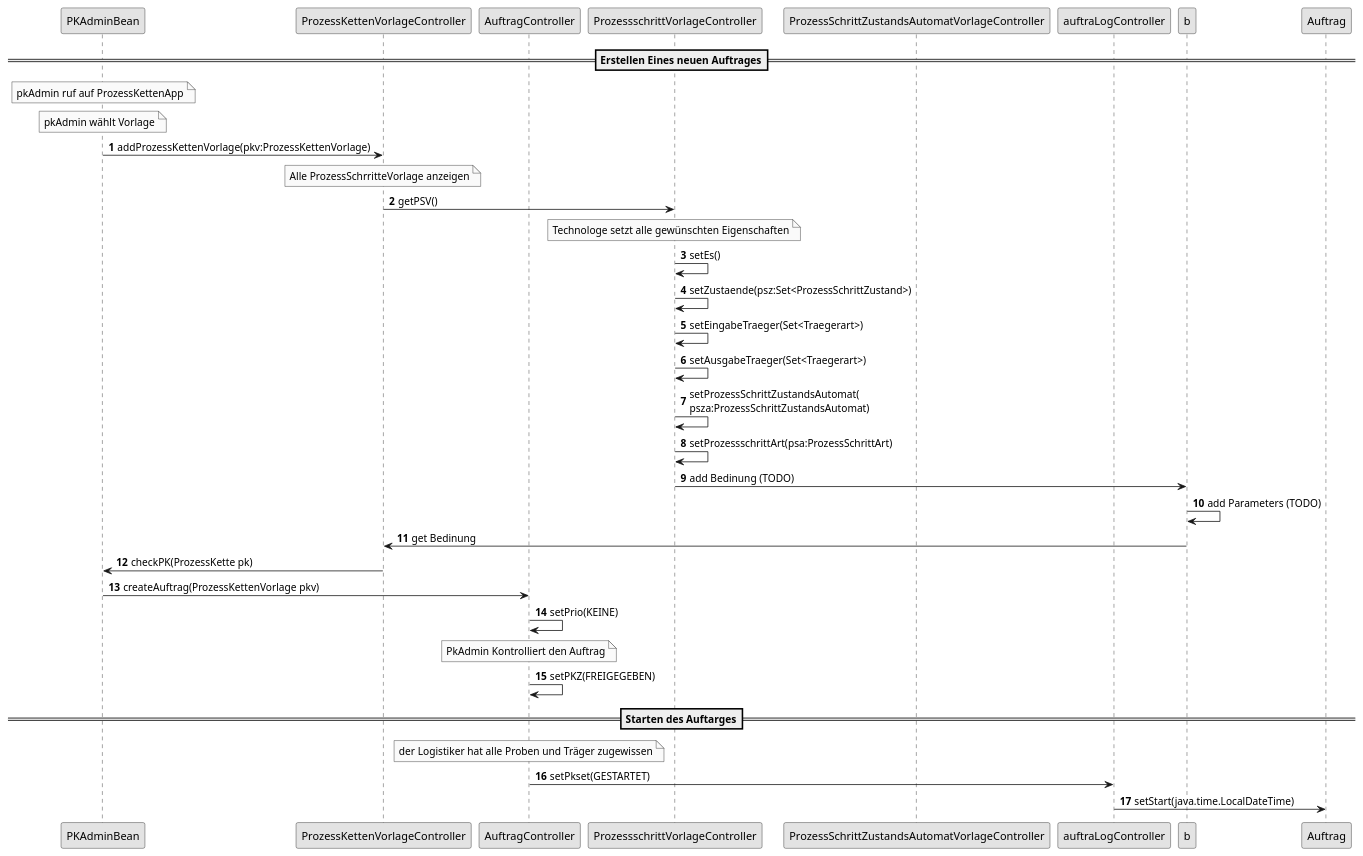
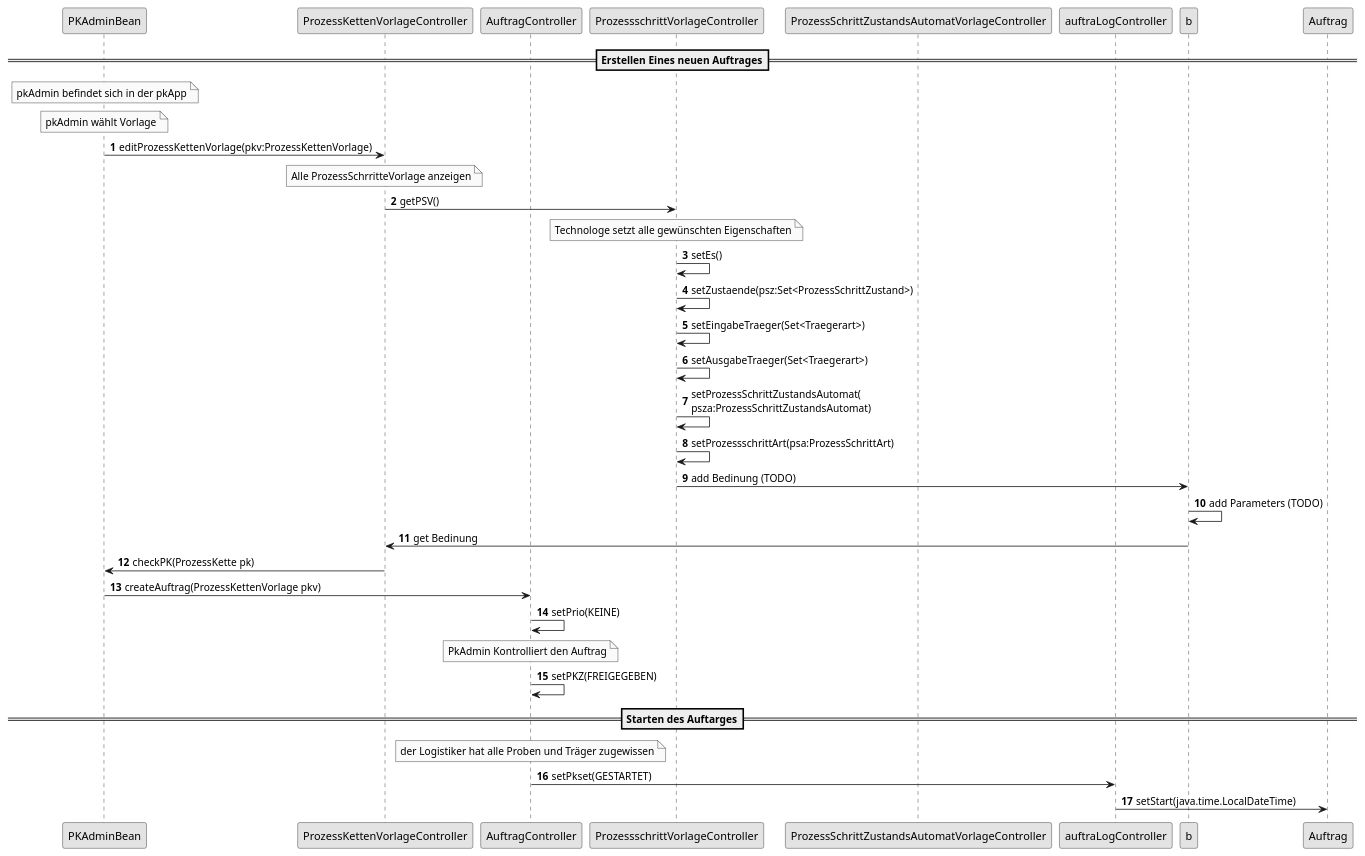
One commit to fkehlenb/softwareprojekt-2 changed the fourth of 10 diagrams in doc/UML/plantuml.org. Above: the diagram before and after it, drawn with PlantUML. The commit also changed other lines of this file and 3 other files, not shown here.

```diff
--- a/doc/UML/plantuml.org
+++ b/doc/UML/plantuml.org
@@ -65,40 +65,40 @@
 #+BEGIN_SRC plantuml :file aw/pkErstellen.png
 autonumber
 skinparam monochrome true
 
 
 participant "PKAdminBean" as pkaB
 participant "ProzessKettenVorlageController" as pkv
 participant "AuftragController" as auftrag
 participant "ProzessschrittVorlageController" as psv
 participant "ProzessSchrittZustandsAutomatVorlageController" as psza
 participant "auftraLogController" as aLog
 
   ==Erstellen Eines neuen Auftrages== 
-note over pkaB : pkAdmin ruf auf ProzessKettenApp
+note over pkaB : pkAdmin befindet sich in der pkApp
 note over pkaB: pkAdmin wählt Vorlage
-pkaB -> pkv : addProzessKettenVorlage(pkv:ProzessKettenVorlage)
+pkaB -> pkv : editProzessKettenVorlage(pkv:ProzessKettenVorlage)
 note over pkv : Alle ProzessSchrritteVorlage anzeigen
 pkv -> psv : getPSV()
 note over psv : Technologe setzt alle gewünschten Eigenschaften
 psv -> psv : setEs()
 psv -> psv : setZustaende(psz:Set<ProzessSchrittZustand>)
 psv -> psv :  setEingabeTraeger(Set<Traegerart>)
 psv -> psv : setAusgabeTraeger(Set<Traegerart>)
 psv -> psv : setProzessSchrittZustandsAutomat(\npsza:ProzessSchrittZustandsAutomat)
 psv -> psv :  setProzessschrittArt(psa:ProzessSchrittArt)
 psv -> b : add Bedinung (TODO) 
 b -> b : add Parameters (TODO)
 b -> pkv : get Bedinung
 pkv -> pkaB : checkPK(ProzessKette pk)
 pkaB -> auftrag : createAuftrag(ProzessKettenVorlage pkv)
 auftrag -> auftrag : setPrio(KEINE)
 note over auftrag : PkAdmin Kontrolliert den Auftrag 
 auftrag -> auftrag : setPKZ(FREIGEGEBEN)
 ==Starten des Auftarges== 
 note over auftrag : der Logistiker hat alle Proben und Träger zugewissen   
 auftrag -> aLog : setPkset(GESTARTET)
 aLog -> Auftrag : setStart(java.time.LocalDateTime)
 
 
 #+END_SRC
```
